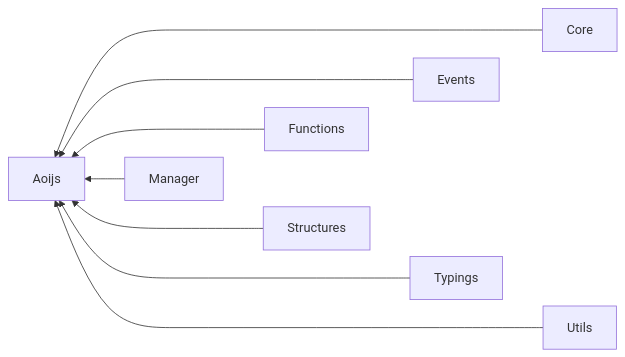
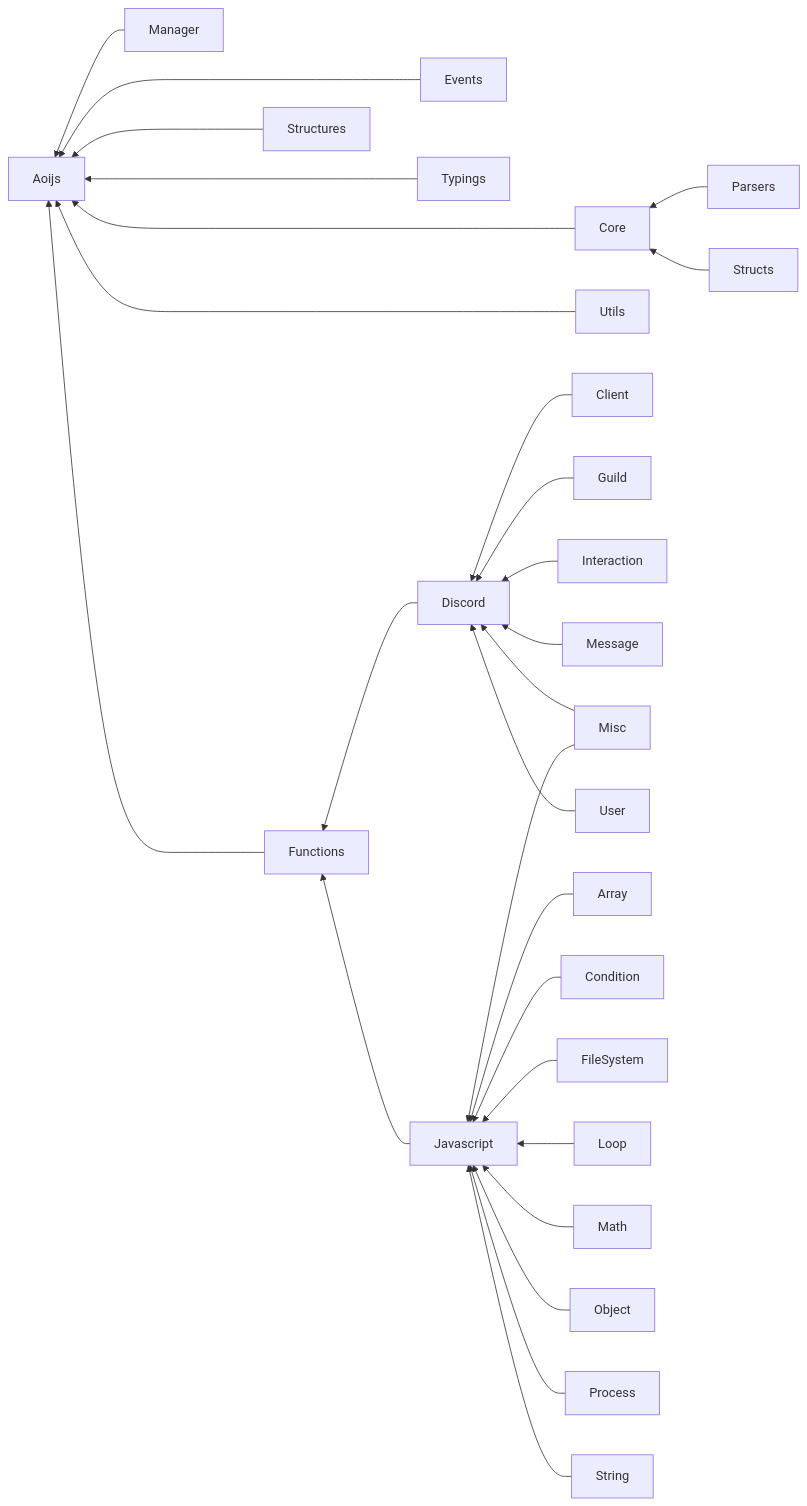
Before and after one commit to aoijs/aoi.js: the diagram in src/README.md, drawn with Mermaid. The commit also changed 2 other files, not shown here.

Commit message:
updated readme and setup.md

````diff
--- a/src/README.md
+++ b/src/README.md
@@ -7,10 +7,33 @@
 ```mermaid
 graph RL;
   Core -----> Aoijs
   Events ----> Aoijs
   Functions ---> Aoijs
   Manager --> Aoijs
   Structures ---> Aoijs
   Typings ----> Aoijs
   Utils -----> Aoijs
+
+  Parsers --> Core
+  Structs --> Core
+
+  Discord --> Functions
+  Javascript --> Functions
+
+  Client --> Discord
+  Guild --> Discord
+  Interaction --> Discord
+  Message --> Discord
+  Misc --> Discord
+  User --> Discord
+
+  Array --> Javascript
+  Condition --> Javascript
+  FileSystem --> Javascript
+  Loop --> Javascript
+  Math --> Javascript
+  Misc --> Javascript
+  Object --> Javascript
+  Process --> Javascript
+  String --> Javascript
 ```
````
